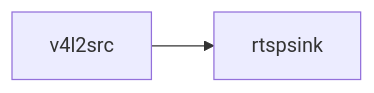
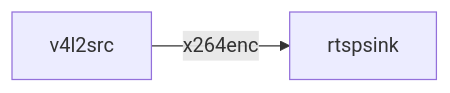
One commit to lankahsu520/HelperX changed diagram 29 of 31 in helper_GStreamer.md. Above: the diagram before and after it, drawn with Mermaid. The commit also changed other lines of this file, not shown here.

Commit message:
update helper_GStreamer.md, 13. libcamerasrc and 14. To rtspsink

````diff
--- a/helper_GStreamer.md
+++ b/helper_GStreamer.md
@@ -879,7 +988,7 @@
 ```mermaid
 flowchart LR
 	v4l2src[v4l2src]
 	rtspsink[rtspsink]
 
-	v4l2src --> rtspsink
+	v4l2src --> |x264enc|rtspsink
 ```
````
